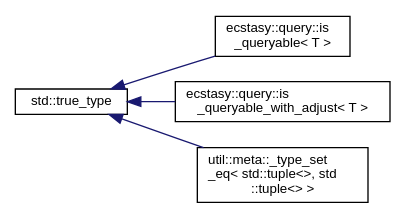
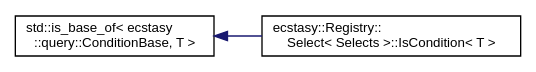
One commit to AndreasLrx/ecstasy changed the diagram in inherit_graph_68.dot. Above: the diagram before and after it, drawn with Graphviz. The commit also changed 394 other files, not shown here.

```diff
--- a/inherit_graph_68.dot
+++ b/inherit_graph_68.dot
@@ -1,14 +1,10 @@
 digraph "Graphical Class Hierarchy"
 {
  // LATEX_PDF_SIZE
   edge [fontname="Helvetica",fontsize="10",labelfontname="Helvetica",labelfontsize="10"];
   node [fontname="Helvetica",fontsize="10",shape=record];
   rankdir="LR";
-  Node0 [label="std::true_type",height=0.2,width=0.4,color="black", fillcolor="white", style="filled",URL="/home/runner/work/ecstasy/ecstasy/doc/external/cppreference-doxygen-web.tag.xml$cpp/types/integral_constant.html",tooltip=" "];
+  Node0 [label="std::is_base_of\< ecstasy\l::query::ConditionBase, T \>",height=0.2,width=0.4,color="black", fillcolor="white", style="filled",URL="/home/runner/work/ecstasy/ecstasy/doc/external/cppreference-doxygen-web.tag.xml$cpp/types/is_base_of.html",tooltip=" "];
   Node0 -> Node1 [dir="back",color="midnightblue",fontsize="10",style="solid",fontname="Helvetica"];
-  Node1 [label="ecstasy::query::is\l_queryable\< T \>",height=0.2,width=0.4,color="black", fillcolor="white", style="filled",URL="$structecstasy_1_1query_1_1is__queryable_3_01_t_01_4.html",tooltip="Checks if the given type match the Queryable concept."];
-  Node0 -> Node2 [dir="back",color="midnightblue",fontsize="10",style="solid",fontname="Helvetica"];
-  Node2 [label="ecstasy::query::is\l_queryable_with_adjust\< T \>",height=0.2,width=0.4,color="black", fillcolor="white", style="filled",URL="$structecstasy_1_1query_1_1is__queryable__with__adjust_3_01_t_01_4.html",tooltip="Checks if the given type match the QueryableNeedAdjust concept."];
-  Node0 -> Node3 [dir="back",color="midnightblue",fontsize="10",style="solid",fontname="Helvetica"];
-  Node3 [label="util::meta::_type_set\l_eq\< std::tuple\<\>, std\l::tuple\<\> \>",height=0.2,width=0.4,color="black", fillcolor="white", style="filled",URL="$structutil_1_1meta_1_1__type__set__eq_3_01std_1_1tuple_3_4_00_01std_1_1tuple_3_4_01_4.html",tooltip=" "];
+  Node1 [label="ecstasy::Registry::\lSelect\< Selects \>::IsCondition\< T \>",height=0.2,width=0.4,color="black", fillcolor="white", style="filled",URL="$structecstasy_1_1_registry_1_1_select_1_1_is_condition.html",tooltip=" "];
 }
```
